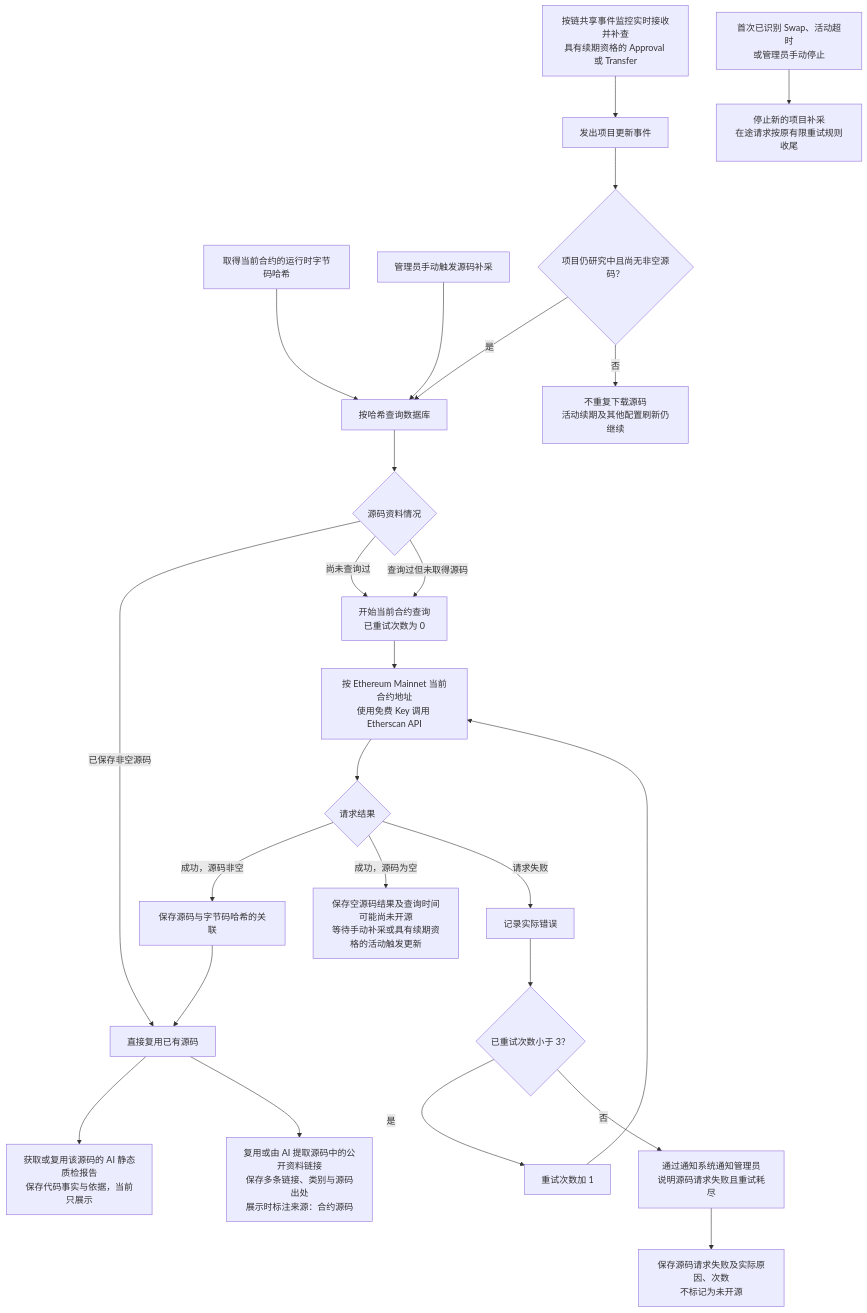
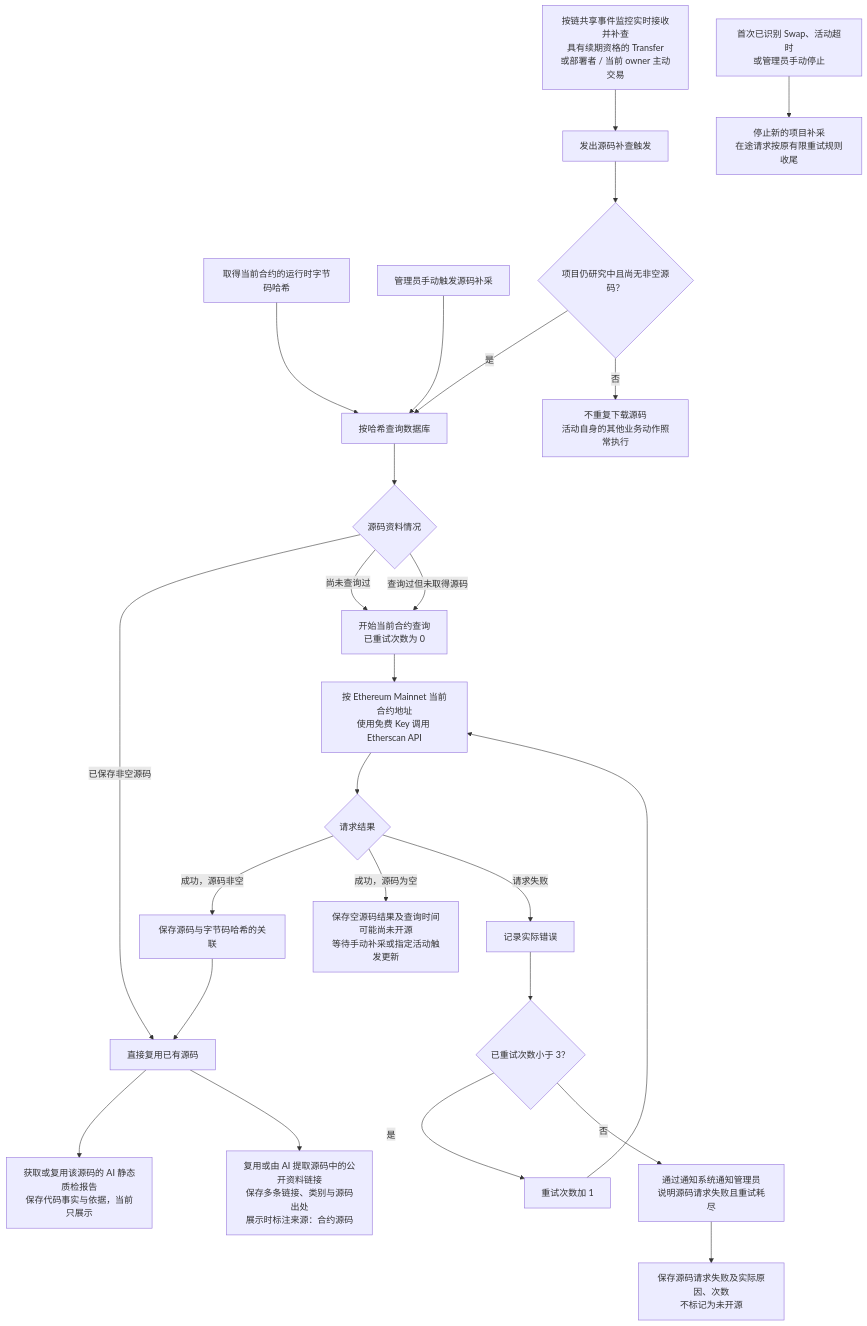
The diagram in docs/requirements/token/token-contract-source-flow.md (useryege/athena-o), drawn with Mermaid before and after one commit. The commit also changed other lines of this file and 69 other files, not shown here.

````diff
--- a/docs/requirements/token/token-contract-source-flow.md
+++ b/docs/requirements/token/token-contract-source-flow.md
@@ -15,27 +15,27 @@
 ```mermaid
 flowchart TD
     A["取得当前合约的运行时字节码哈希"] --> B["按哈希查询数据库"]
     B --> C{"源码资料情况"}
     C -->|已保存非空源码| D["直接复用已有源码"]
     C -->|尚未查询过| R["开始当前合约查询<br/>已重试次数为 0"]
     C -->|查询过但未取得源码| R
     R --> E["按 Ethereum Mainnet 当前合约地址<br/>使用免费 Key 调用 Etherscan API"]
     E --> G{"请求结果"}
     G -->|成功，源码非空| H["保存源码与字节码哈希的关联"]
     H --> D
-    G -->|成功，源码为空| U["保存空源码结果及查询时间<br/>可能尚未开源<br/>等待手动补采或具有续期资格的活动触发更新"]
+    G -->|成功，源码为空| U["保存空源码结果及查询时间<br/>可能尚未开源<br/>等待手动补采或指定活动触发更新"]
     G -->|请求失败| I["记录实际错误"]
     I --> K{"已重试次数小于 3？"}
     K -->|是| L["重试次数加 1"]
     L --> E
     K -->|否| M["通过通知系统通知管理员<br/>说明源码请求失败且重试耗尽"]
     M --> V["保存源码请求失败及实际原因、次数<br/>不标记为未开源"]
     D --> J["获取或复用该源码的 AI 静态质检报告<br/>保存代码事实与依据，当前只展示"]
     D --> P["复用或由 AI 提取源码中的公开资料链接<br/>保存多条链接、类别与源码出处<br/>展示时标注来源：合约源码"]
     MANUAL["管理员手动触发源码补采"] --> B
-    ACTIVITY["按链共享事件监控实时接收并补查<br/>具有续期资格的 Approval 或 Transfer"] --> UPDATE["发出项目更新事件"]
+    ACTIVITY["按链共享事件监控实时接收并补查<br/>具有续期资格的 Transfer<br/>或部署者 / 当前 owner 主动交易"] --> UPDATE["发出源码补查触发"]
     UPDATE --> ELIGIBLE{"项目仍研究中且尚无非空源码？"}
     ELIGIBLE -->|是| B
-    ELIGIBLE -->|否| SKIP["不重复下载源码<br/>活动续期及其他配置刷新仍继续"]
+    ELIGIBLE -->|否| SKIP["不重复下载源码<br/>活动自身的其他业务动作照常执行"]
     STOP_EVENT["首次已识别 Swap、活动超时<br/>或管理员手动停止"] --> STOP["停止新的项目补采<br/>在途请求按原有限重试规则收尾"]
 ```
````
